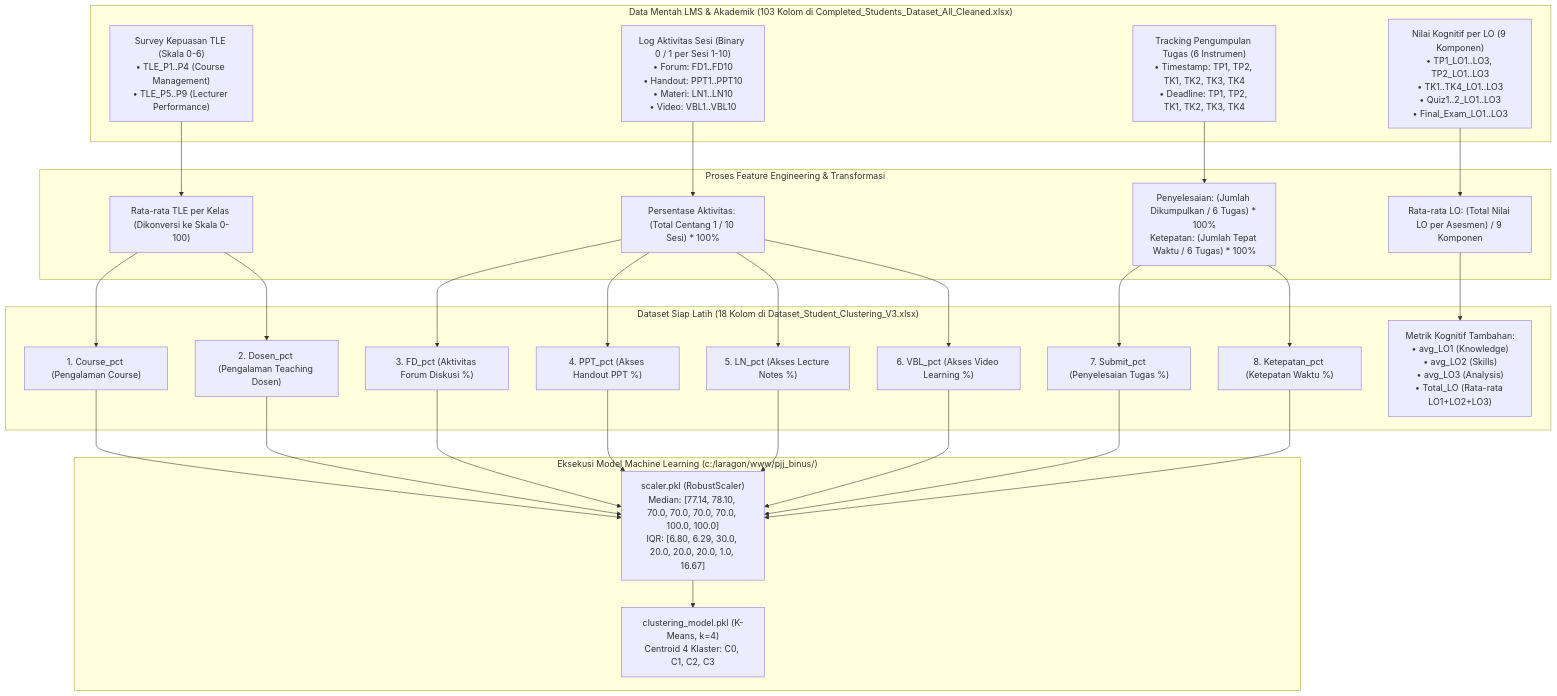
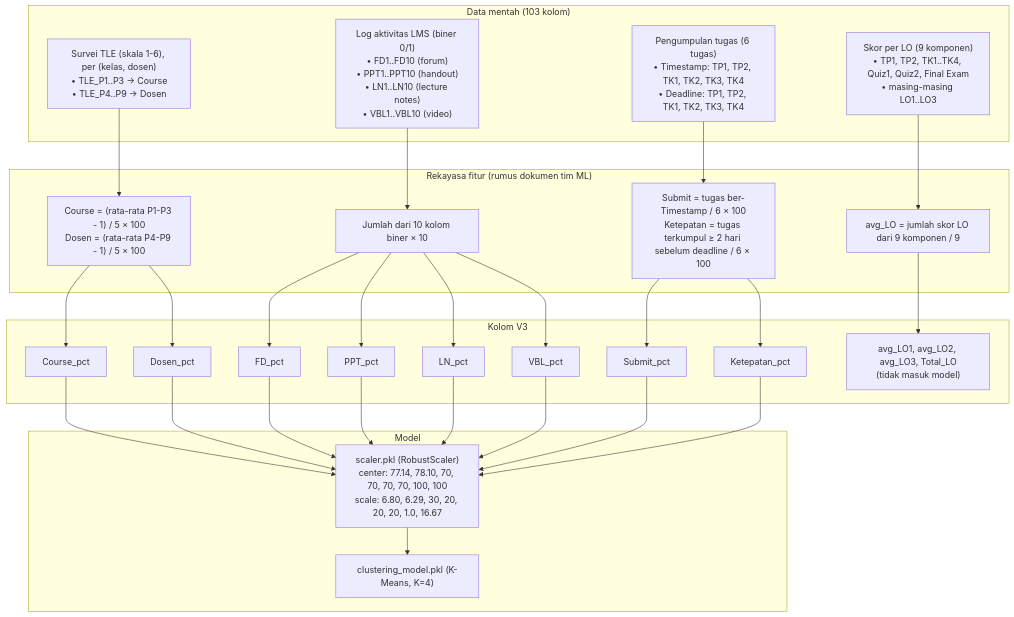
The diagram in ANALISIS_DATASET_TAMBAHAN.md (crophx/pjj-binus), drawn with Mermaid before and after one commit. The commit also changed other lines of this file and 2 other files, not shown here.

First line of the commit message:
feat(ui): ganti istilah cluster/klaster menjadi Profile 1-4; rapikan analisis dataset

````diff
--- a/ANALISIS_DATASET_TAMBAHAN.md
+++ b/ANALISIS_DATASET_TAMBAHAN.md
@@ -14,40 +20,40 @@
 ```mermaid
 flowchart TD
-    subgraph RawData["Data Mentah LMS & Akademik (103 Kolom di Completed_Students_Dataset_All_Cleaned.xlsx)"]
-        R1["Survey Kepuasan TLE (Skala 0-6)\n• TLE_P1..P4 (Course Management)\n• TLE_P5..P9 (Lecturer Performance)"]
-        R2["Log Aktivitas Sesi (Binary 0 / 1 per Sesi 1-10)\n• Forum: FD1..FD10\n• Handout: PPT1..PPT10\n• Materi: LN1..LN10\n• Video: VBL1..VBL10"]
-        R3["Tracking Pengumpulan Tugas (6 Instrumen)\n• Timestamp: TP1, TP2, TK1, TK2, TK3, TK4\n• Deadline: TP1, TP2, TK1, TK2, TK3, TK4"]
-        R4["Nilai Kognitif per LO (9 Komponen)\n• TP1_LO1..LO3, TP2_LO1..LO3\n• TK1..TK4_LO1..LO3\n• Quiz1..2_LO1..LO3\n• Final_Exam_LO1..LO3"]
+    subgraph RawData["Data mentah (103 kolom)"]
+        R1["Survei TLE (skala 1-6), per (kelas, dosen)\n• TLE_P1..P3 → Course\n• TLE_P4..P9 → Dosen"]
+        R2["Log aktivitas LMS (biner 0/1)\n• FD1..FD10 (forum)\n• PPT1..PPT10 (handout)\n• LN1..LN10 (lecture notes)\n• VBL1..VBL10 (video)"]
+        R3["Pengumpulan tugas (6 tugas)\n• Timestamp: TP1, TP2, TK1, TK2, TK3, TK4\n• Deadline: TP1, TP2, TK1, TK2, TK3, TK4"]
+        R4["Skor per LO (9 komponen)\n• TP1, TP2, TK1..TK4, Quiz1, Quiz2, Final Exam\n• masing-masing LO1..LO3"]
     end
 
-    subgraph FeatureEngineering["Proses Feature Engineering & Transformasi"]
-        FE1["Rata-rata TLE per Kelas (Dikonversi ke Skala 0-100)"]
-        FE2["Persentase Aktivitas: (Total Centang 1 / 10 Sesi) * 100%"]
-        FE3["Penyelesaian: (Jumlah Dikumpulkan / 6 Tugas) * 100%\nKetepatan: (Jumlah Tepat Waktu / 6 Tugas) * 100%"]
-        FE4["Rata-rata LO: (Total Nilai LO per Asesmen) / 9 Komponen"]
+    subgraph FeatureEngineering["Rekayasa fitur (rumus dokumen tim ML)"]
+        FE1["Course = (rata-rata P1-P3 - 1) / 5 × 100\nDosen = (rata-rata P4-P9 - 1) / 5 × 100"]
+        FE2["Jumlah dari 10 kolom biner × 10"]
+        FE3["Submit = tugas ber-Timestamp / 6 × 100\nKetepatan = tugas terkumpul ≥ 2 hari sebelum deadline / 6 × 100"]
+        FE4["avg_LO = jumlah skor LO dari 9 komponen / 9"]
     end
 
-    subgraph MLDataset["Dataset Siap Latih (18 Kolom di Dataset_Student_Clustering_V3.xlsx)"]
-        F1["1. Course_pct (Pengalaman Course)"]
-        F2["2. Dosen_pct (Pengalaman Teaching Dosen)"]
-        F3["3. FD_pct (Aktivitas Forum Diskusi %)"]
-        F4["4. PPT_pct (Akses Handout PPT %)"]
-        F5["5. LN_pct (Akses Lecture Notes %)"]
-        F6["6. VBL_pct (Akses Video Learning %)"]
-        F7["7. Submit_pct (Penyelesaian Tugas %)"]
-        F8["8. Ketepatan_pct (Ketepatan Waktu %)"]
-        FLO["Metrik Kognitif Tambahan:\n• avg_LO1 (Knowledge)\n• avg_LO2 (Skills)\n• avg_LO3 (Analysis)\n• Total_LO (Rata-rata LO1+LO2+LO3)"]
+    subgraph MLDataset["Kolom V3"]
+        F1["Course_pct"]
+        F2["Dosen_pct"]
+        F3["FD_pct"]
+        F4["PPT_pct"]
+        F5["LN_pct"]
+        F6["VBL_pct"]
+        F7["Submit_pct"]
+        F8["Ketepatan_pct"]
+        FLO["avg_LO1, avg_LO2, avg_LO3, Total_LO\n(tidak masuk model)"]
     end
 
-    subgraph MLModel["Eksekusi Model Machine Learning (c:/laragon/www/pjj_binus/)"]
-        M1["scaler.pkl (RobustScaler)\nMedian: [77.14, 78.10, 70.0, 70.0, 70.0, 70.0, 100.0, 100.0]\nIQR: [6.80, 6.29, 30.0, 20.0, 20.0, 20.0, 1.0, 16.67]"]
-        M2["clustering_model.pkl (K-Means, k=4)\nCentroid 4 Klaster: C0, C1, C2, C3"]
+    subgraph MLModel["Model"]
+        M1["scaler.pkl (RobustScaler)\ncenter: 77.14, 78.10, 70, 70, 70, 70, 100, 100\nscale: 6.80, 6.29, 30, 20, 20, 20, 1.0, 16.67"]
+        M2["clustering_model.pkl (K-Means, K=4)"]
     end
 
     R1 --> FE1 --> F1 & F2
     R2 --> FE2 --> F3 & F4 & F5 & F6
     R3 --> FE3 --> F7 & F8
     R4 --> FE4 --> FLO
 
     F1 & F2 & F3 & F4 & F5 & F6 & F7 & F8 --> M1 --> M2
 ```
````
